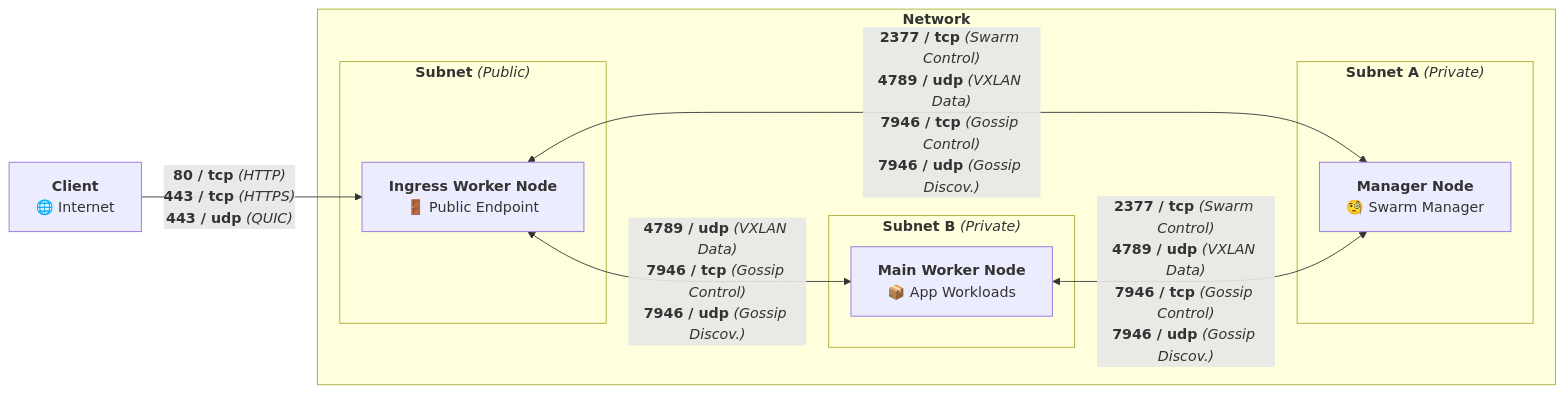
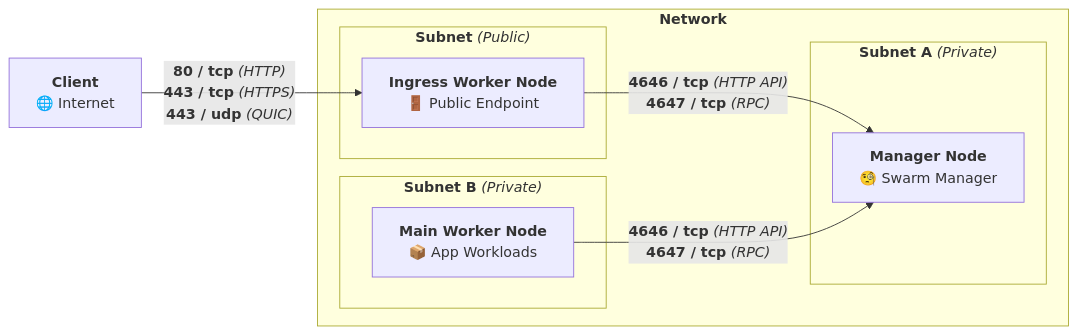
The diagram in README.md (cloud-skeleton/prerequisites), drawn with Mermaid before and after one commit. The commit also changed other lines of this file and 3 other files, not shown here.

````diff
--- a/README.md
+++ b/README.md
@@ -21,27 +21,25 @@
 ```mermaid
 graph LR
 
   external_client["<b>Client</b><br>🌐 Internet"]
 
   subgraph "<b>Network</b>"
     subgraph "<b>Subnet</b> <i>(Public)</i>"
       ingress["<b>Ingress Worker Node</b><br>🚪 Public Endpoint"]
     end
 
     subgraph "<b>Subnet A</b> <i>(Private)</i>"
       manager["<b>Manager Node</b><br>🧐 Swarm Manager"]
     end
 
     subgraph "<b>Subnet B</b> <i>(Private)</i>"
       worker["<b>Main Worker Node</b><br>📦 App Workloads"]
     end
   end
 
   external_client -->|"<b>80 / tcp</b> <i>(HTTP)</i><br><b>443 / tcp</b> <i>(HTTPS)</i><br><b>443 / udp</b> <i>(QUIC)</i>"| ingress
 
-  ingress <-->|"<b>4789 / udp</b> <i>(VXLAN Data)</i><br><b>7946 / tcp</b> <i>(Gossip Control)</i><br><b>7946 / udp</b> <i>(Gossip Discov.)</i>"| worker
+  ingress -->|"<b>4646 / tcp</b> <i>(HTTP API)</i><br><b>4647 / tcp</b> <i>(RPC)</i>"| manager
 
-  ingress <-->|"<b>2377 / tcp</b> <i>(Swarm Control)</i><br><b>4789 / udp</b> <i>(VXLAN Data)</i><br><b>7946 / tcp</b> <i>(Gossip Control)</i><br><b>7946 / udp</b> <i>(Gossip Discov.)</i>"| manager
-
-  worker <-->|"<b>2377 / tcp</b> <i>(Swarm Control)</i><br><b>4789 / udp</b> <i>(VXLAN Data)</i><br><b>7946 / tcp</b> <i>(Gossip Control)</i><br><b>7946 / udp</b> <i>(Gossip Discov.)</i>"| manager
+  worker -->|"<b>4646 / tcp</b> <i>(HTTP API)</i><br><b>4647 / tcp</b> <i>(RPC)</i>"| manager
 ```
````
